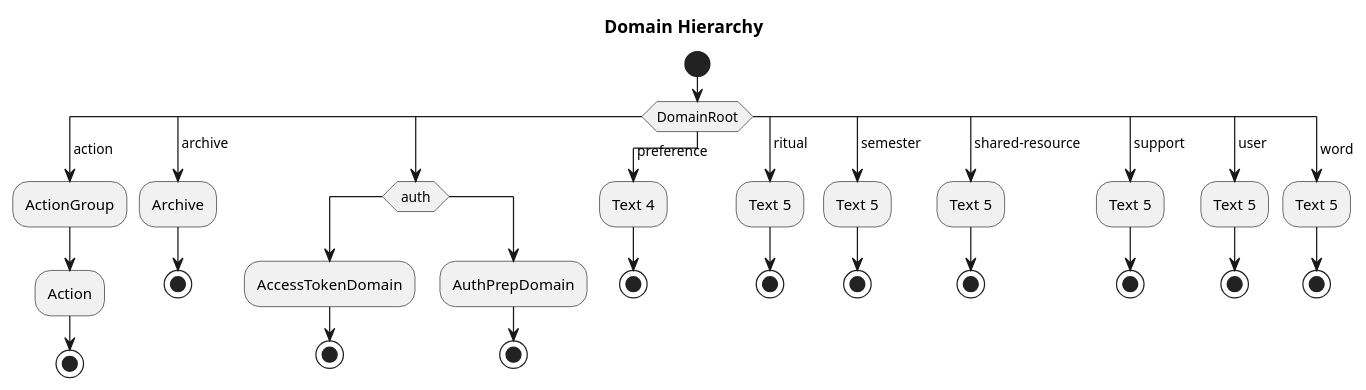
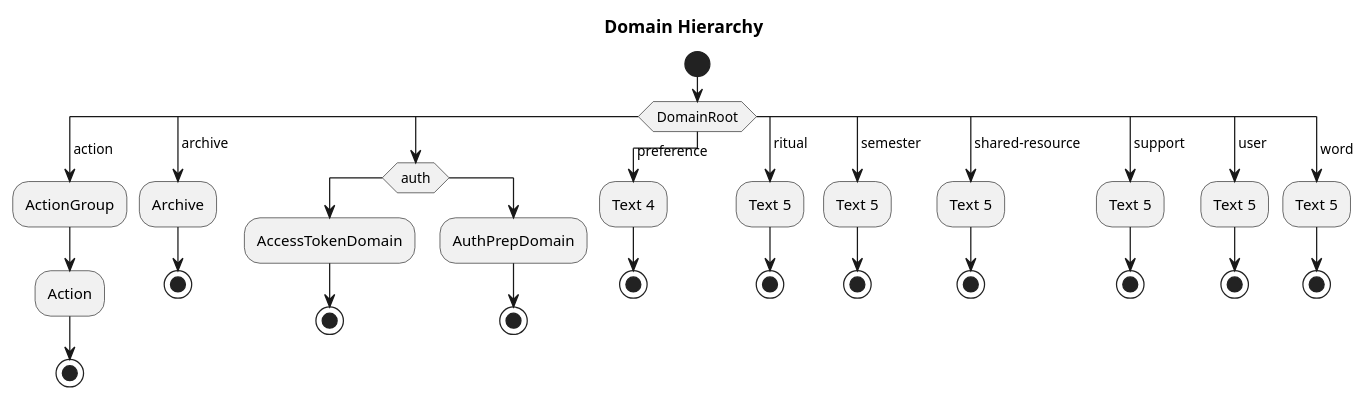
One commit to ajktown/docs changed the diagram in dev_api/domains/index.hierarchy.md. Above: the diagram before and after it, drawn with PlantUML.

Commit message:
refactor

````diff
--- a/dev_api/domains/index.hierarchy.md
+++ b/dev_api/domains/index.hierarchy.md
@@ -17,49 +17,49 @@
 ```plantuml
 @startuml
 
 title Domain Hierarchy
 
 start
-switch (DomainRoot)
+switch ( DomainRoot )
 case ( action )
   :ActionGroup;
   :Action;
   stop
 case ( archive )
   :Archive;
   stop
-case (  )
+case ()
   switch ( auth )
-  case ( )
+  case ()
     :AccessTokenDomain;
     stop
-  case ( )
+  case ()
     :AuthPrepDomain;
     stop
   endswitch
 case ( preference )
   :Text 4;
   stop
 case ( ritual )
   :Text 5;
   stop
 case ( semester )
   :Text 5;
   stop
 case ( shared-resource )
   :Text 5;
   stop
 case ( support )
   :Text 5;
   stop
 case ( user )
   :Text 5;
   stop
 case ( word )
   :Text 5;
   stop
 endswitch
 
 @enduml
 
 ```
````
